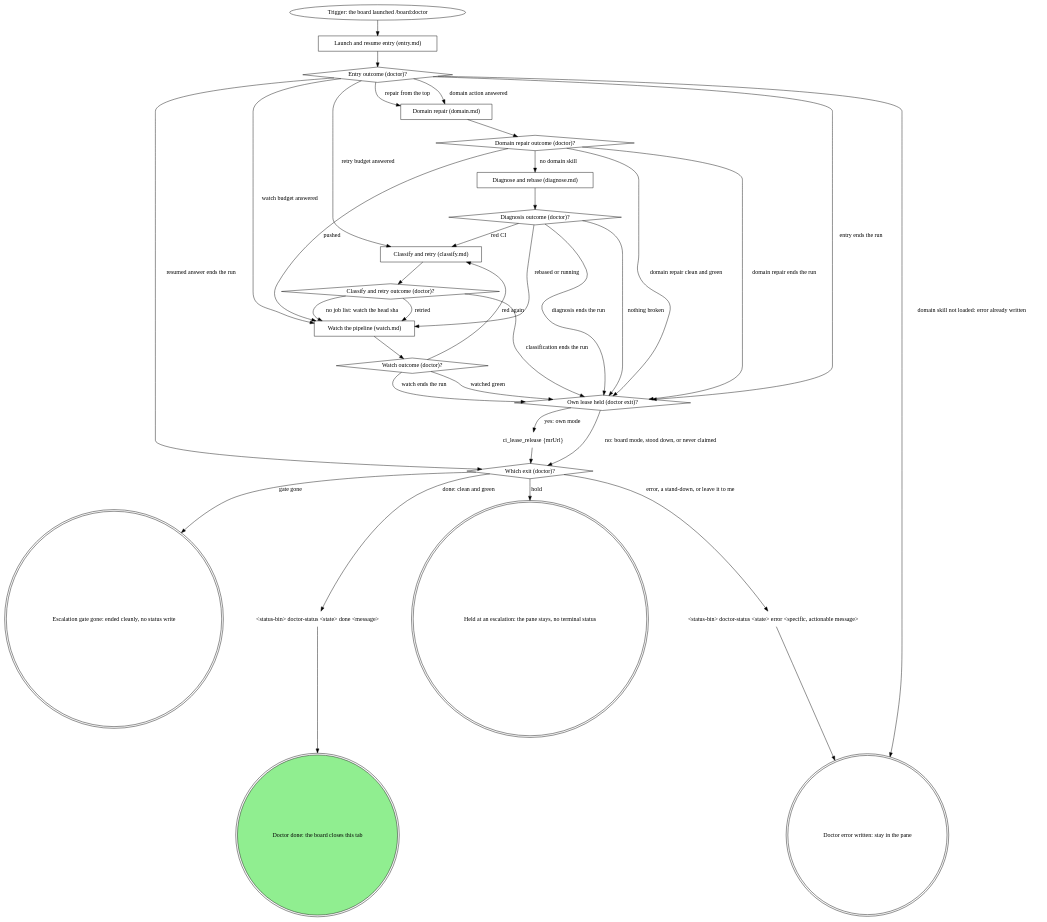
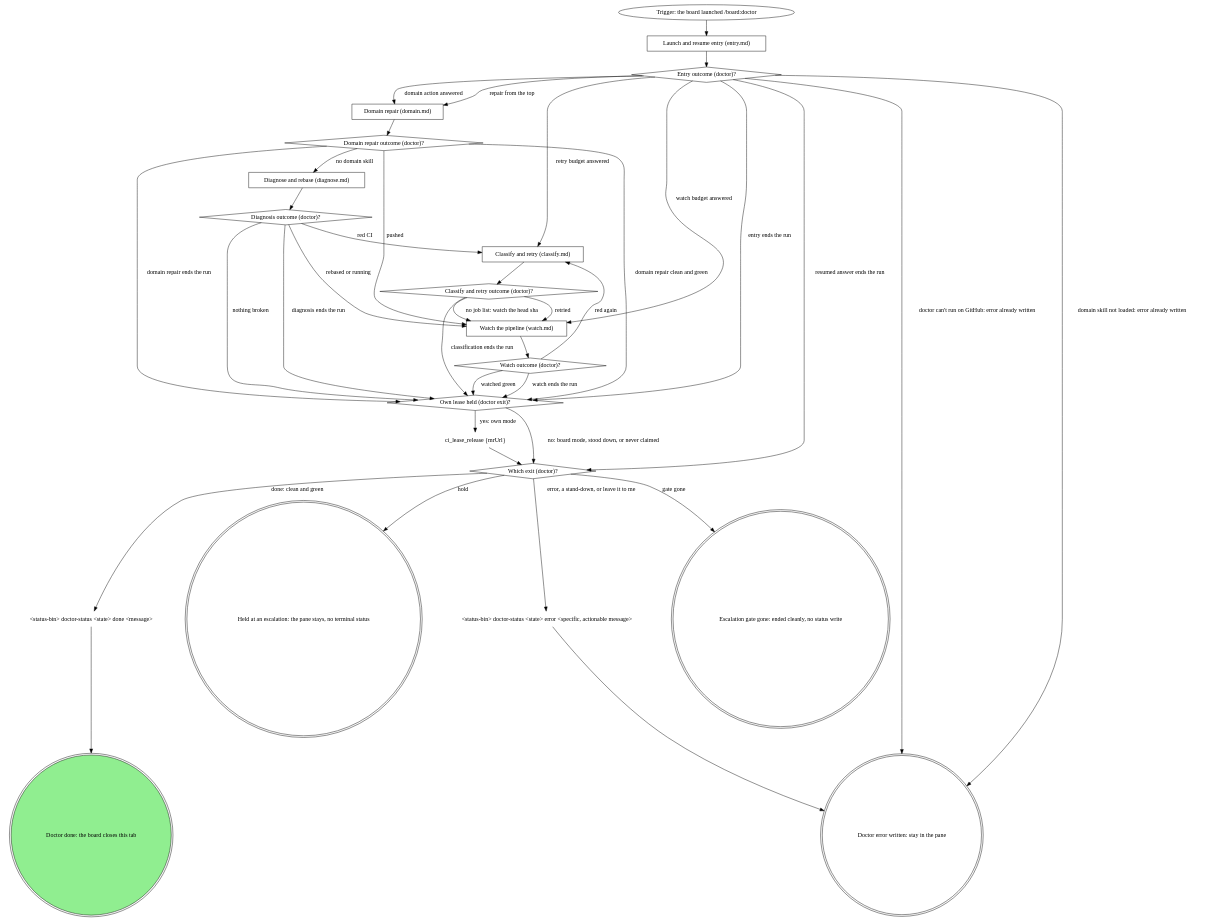
One commit to m4ttstack/mattstack changed the first of 2 diagrams in apps/board/skills-src/doctor/SKILL.md. Above: the diagram before and after it, drawn with Graphviz. The commit also changed 11 other files, not shown here.

Commit message:
board doctor: stop plainly on GitHub until RT-546 and GLANCE-45

````diff
--- a/apps/board/skills-src/doctor/SKILL.md
+++ b/apps/board/skills-src/doctor/SKILL.md
@@ -64,63 +64,64 @@
 ```dot
 digraph doctor_flow {
     rankdir=TB;
 
     "Trigger: the board launched /board:doctor" [shape=ellipse];
     "Launch and resume entry (entry.md)" [shape=box];
     "Entry outcome (doctor)?" [shape=diamond];
     "Domain repair (domain.md)" [shape=box];
     "Domain repair outcome (doctor)?" [shape=diamond];
     "Diagnose and rebase (diagnose.md)" [shape=box];
     "Diagnosis outcome (doctor)?" [shape=diamond];
     "Classify and retry (classify.md)" [shape=box];
     "Classify and retry outcome (doctor)?" [shape=diamond];
     "Watch the pipeline (watch.md)" [shape=box];
     "Watch outcome (doctor)?" [shape=diamond];
     "Own lease held (doctor exit)?" [shape=diamond];
     "ci_lease_release {mrUrl}" [shape=plaintext];
     "Which exit (doctor)?" [shape=diamond];
     "<status-bin> doctor-status <state> done <message>" [shape=plaintext];
     "<status-bin> doctor-status <state> error <specific, actionable message>" [shape=plaintext];
     "Doctor error written: stay in the pane" [shape=doublecircle];
     "Held at an escalation: the pane stays, no terminal status" [shape=doublecircle];
     "Escalation gate gone: ended cleanly, no status write" [shape=doublecircle];
     "Doctor done: the board closes this tab" [shape=doublecircle style=filled fillcolor=lightgreen];
 
     "Trigger: the board launched /board:doctor" -> "Launch and resume entry (entry.md)";
     "Launch and resume entry (entry.md)" -> "Entry outcome (doctor)?";
     "Entry outcome (doctor)?" -> "Domain repair (domain.md)" [label="repair from the top"];
     "Entry outcome (doctor)?" -> "Domain repair (domain.md)" [label="domain action answered"];
     "Entry outcome (doctor)?" -> "Classify and retry (classify.md)" [label="retry budget answered"];
     "Entry outcome (doctor)?" -> "Watch the pipeline (watch.md)" [label="watch budget answered"];
     "Entry outcome (doctor)?" -> "Own lease held (doctor exit)?" [label="entry ends the run"];
     "Entry outcome (doctor)?" -> "Which exit (doctor)?" [label="resumed answer ends the run"];
     "Entry outcome (doctor)?" -> "Doctor error written: stay in the pane" [label="domain skill not loaded: error already written"];
+    "Entry outcome (doctor)?" -> "Doctor error written: stay in the pane" [label="doctor can't run on GitHub: error already written"];
     "Domain repair (domain.md)" -> "Domain repair outcome (doctor)?";
     "Domain repair outcome (doctor)?" -> "Diagnose and rebase (diagnose.md)" [label="no domain skill"];
     "Domain repair outcome (doctor)?" -> "Watch the pipeline (watch.md)" [label="pushed"];
     "Domain repair outcome (doctor)?" -> "Own lease held (doctor exit)?" [label="domain repair clean and green"];
     "Domain repair outcome (doctor)?" -> "Own lease held (doctor exit)?" [label="domain repair ends the run"];
     "Diagnose and rebase (diagnose.md)" -> "Diagnosis outcome (doctor)?";
     "Diagnosis outcome (doctor)?" -> "Classify and retry (classify.md)" [label="red CI"];
     "Diagnosis outcome (doctor)?" -> "Watch the pipeline (watch.md)" [label="rebased or running"];
     "Diagnosis outcome (doctor)?" -> "Own lease held (doctor exit)?" [label="nothing broken"];
     "Diagnosis outcome (doctor)?" -> "Own lease held (doctor exit)?" [label="diagnosis ends the run"];
     "Classify and retry (classify.md)" -> "Classify and retry outcome (doctor)?";
     "Classify and retry outcome (doctor)?" -> "Watch the pipeline (watch.md)" [label="retried"];
     "Classify and retry outcome (doctor)?" -> "Watch the pipeline (watch.md)" [label="no job list: watch the head sha"];
     "Classify and retry outcome (doctor)?" -> "Own lease held (doctor exit)?" [label="classification ends the run"];
     "Watch the pipeline (watch.md)" -> "Watch outcome (doctor)?";
     "Watch outcome (doctor)?" -> "Classify and retry (classify.md)" [label="red again"];
     "Watch outcome (doctor)?" -> "Own lease held (doctor exit)?" [label="watched green"];
     "Watch outcome (doctor)?" -> "Own lease held (doctor exit)?" [label="watch ends the run"];
     "Own lease held (doctor exit)?" -> "ci_lease_release {mrUrl}" [label="yes: own mode"];
     "Own lease held (doctor exit)?" -> "Which exit (doctor)?" [label="no: board mode, stood down, or never claimed"];
     "ci_lease_release {mrUrl}" -> "Which exit (doctor)?";
     "Which exit (doctor)?" -> "<status-bin> doctor-status <state> done <message>" [label="done: clean and green"];
     "Which exit (doctor)?" -> "<status-bin> doctor-status <state> error <specific, actionable message>" [label="error, a stand-down, or leave it to me"];
     "Which exit (doctor)?" -> "Held at an escalation: the pane stays, no terminal status" [label="hold"];
     "Which exit (doctor)?" -> "Escalation gate gone: ended cleanly, no status write" [label="gate gone"];
     "<status-bin> doctor-status <state> done <message>" -> "Doctor done: the board closes this tab";
     "<status-bin> doctor-status <state> error <specific, actionable message>" -> "Doctor error written: stay in the pane";
 }
 ```
````
